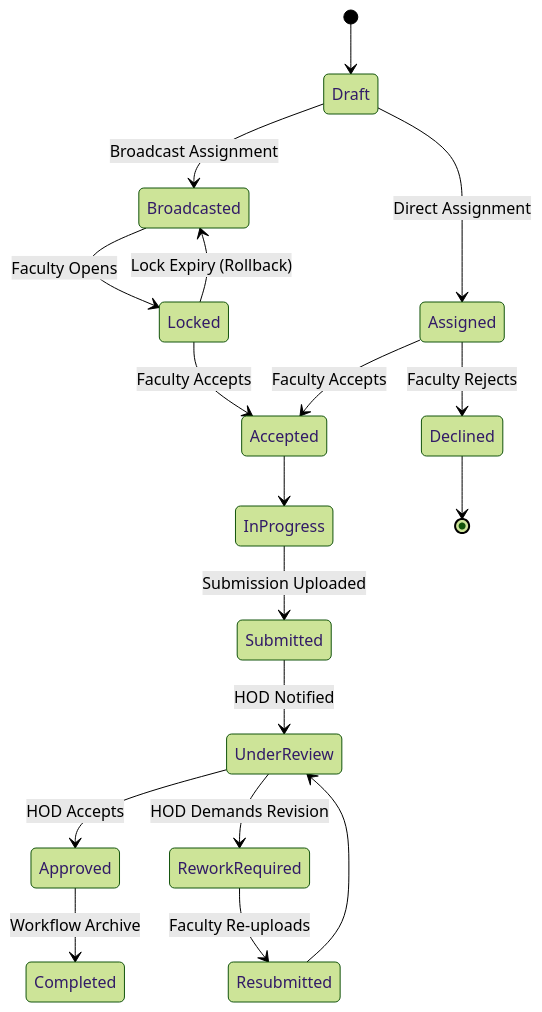
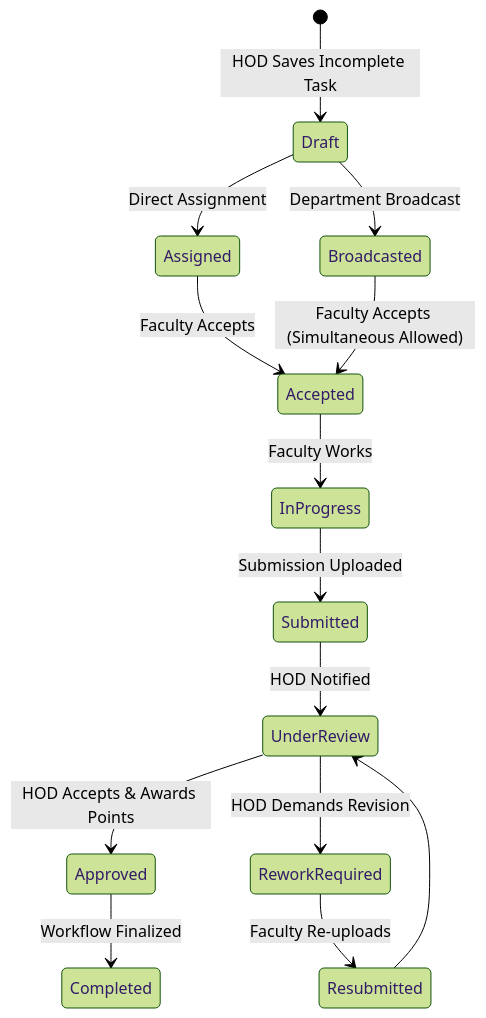
One commit to neodyit/FlowSync-V1.0 changed the second of 2 diagrams in README.md. Above: the diagram before and after it, drawn with Mermaid (forest theme). The commit also changed other lines of this file and 2 other files, not shown here.

````diff
--- a/README.md
+++ b/README.md
@@ -33,20 +45,22 @@
 ```mermaid
 stateDiagram-v2
-    [*] --> Draft
-    Draft --> Broadcasted : Broadcast Assignment
+    [*] --> Draft : HOD Saves Incomplete Task
     Draft --> Assigned : Direct Assignment
-    Broadcasted --> Locked : Faculty Opens
-    Locked --> Accepted : Faculty Accepts
-    Locked --> Broadcasted : Lock Expiry (Rollback)
+    Draft --> Broadcasted : Department Broadcast
+    
     Assigned --> Accepted : Faculty Accepts
-    Assigned --> Declined : Faculty Rejects
-    Accepted --> InProgress
+    
+    Broadcasted --> Accepted : Faculty Accepts (Simultaneous Allowed)
+    
+    Accepted --> InProgress : Faculty Works
     InProgress --> Submitted : Submission Uploaded
+    
     Submitted --> UnderReview : HOD Notified
-    UnderReview --> Approved : HOD Accepts
+    UnderReview --> Approved : HOD Accepts & Awards Points
     UnderReview --> ReworkRequired : HOD Demands Revision
+    
     ReworkRequired --> Resubmitted : Faculty Re-uploads
     Resubmitted --> UnderReview
-    Approved --> Completed : Workflow Archive
-    Declined --> [*]
+    
+    Approved --> Completed : Workflow Finalized
 ```
````
